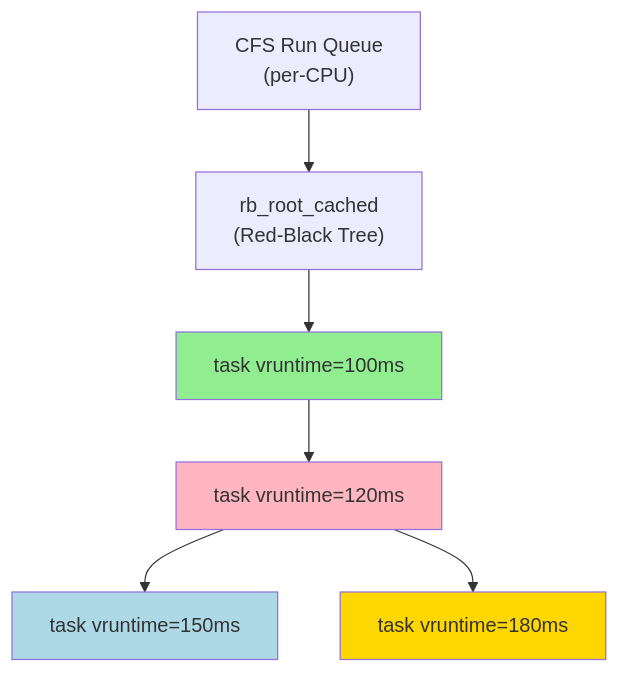
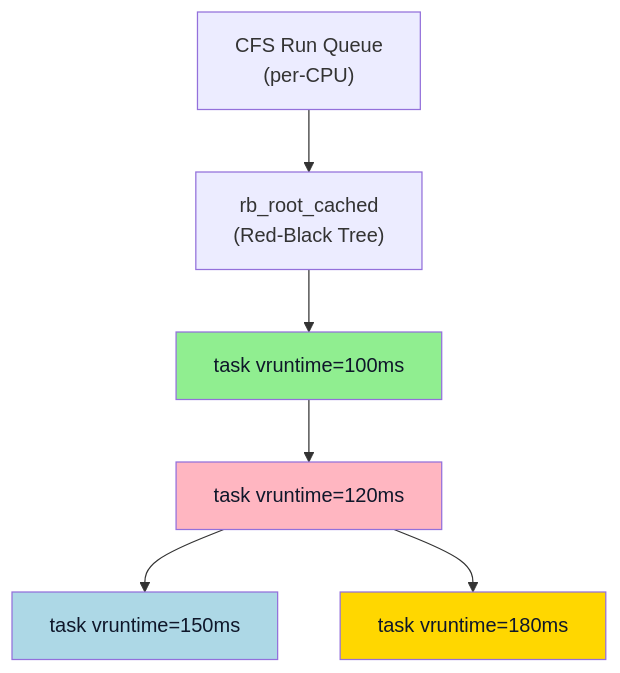
The fourth of 10 diagrams in topics/computing/infrastructure/linux/lesson_01_linux_kernel_architecture.md (blebleblee/synapse), drawn with Mermaid before and after one commit. The commit also changed other lines of this file and 1464 other files, not shown here.

Commit message:
feat(release): curriculum vector mermaid upgrade, render hardening, and master synpack

````diff
--- a/topics/computing/infrastructure/linux/lesson_01_linux_kernel_architecture.md
+++ b/topics/computing/infrastructure/linux/lesson_01_linux_kernel_architecture.md
@@ -305,20 +305,20 @@
 ```mermaid
 graph TD
     A["CFS Run Queue<br/>(per-CPU)"]
     B["rb_root_cached<br/>(Red-Black Tree)"]
     C["task vruntime=100ms"]
     D["task vruntime=150ms"]
     E["task vruntime=120ms"]
     F["task vruntime=180ms"]
     
     A --> B
     B --> C
     C --> E
     E --> D
     E --> F
     
-    style C fill:#90EE90
-    style E fill:#FFB6C1
-    style D fill:#ADD8E6
-    style F fill:#FFD700
+    style C fill:#90EE90,color:#0f172a
+    style E fill:#FFB6C1,color:#0f172a
+    style D fill:#ADD8E6,color:#0f172a
+    style F fill:#FFD700,color:#0f172a
 ```
````
